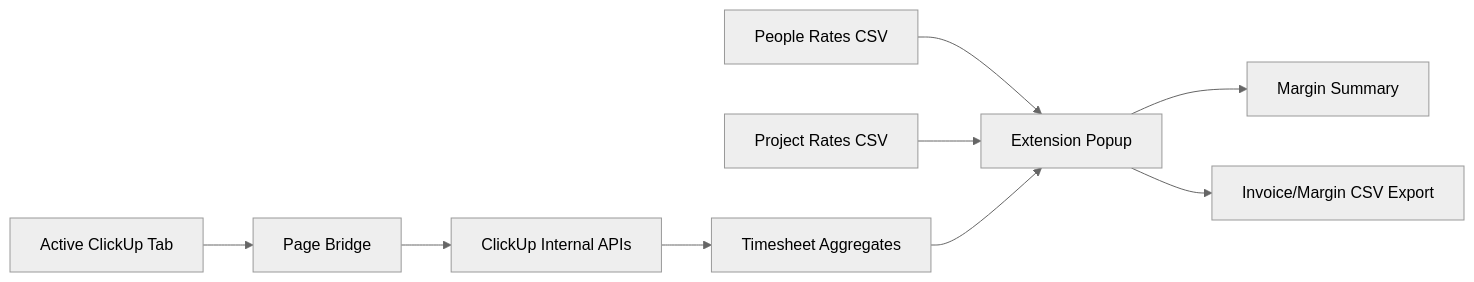
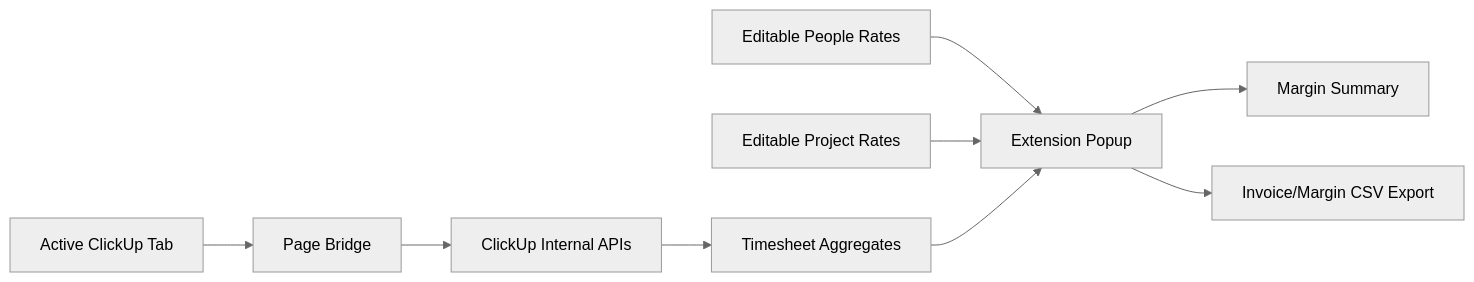
One commit to hengliu0919/clickup-margin-report-extension changed the diagram in docs/architecture.md. Above: the diagram before and after it, drawn with Mermaid (neutral theme). The commit also changed other lines of this file and 6 other files, not shown here.

Commit message:
Replace CSV settings with editable rate tables

````diff
--- a/docs/architecture.md
+++ b/docs/architecture.md
@@ -18,11 +18,11 @@
 ```mermaid
 flowchart LR
   A["Active ClickUp Tab"] --> B["Page Bridge"]
   B --> C["ClickUp Internal APIs"]
   C --> D["Timesheet Aggregates"]
-  E["People Rates CSV"] --> F["Extension Popup"]
-  G["Project Rates CSV"] --> F
+  E["Editable People Rates"] --> F["Extension Popup"]
+  G["Editable Project Rates"] --> F
   D --> F
   F --> H["Margin Summary"]
   F --> I["Invoice/Margin CSV Export"]
 ```
````
